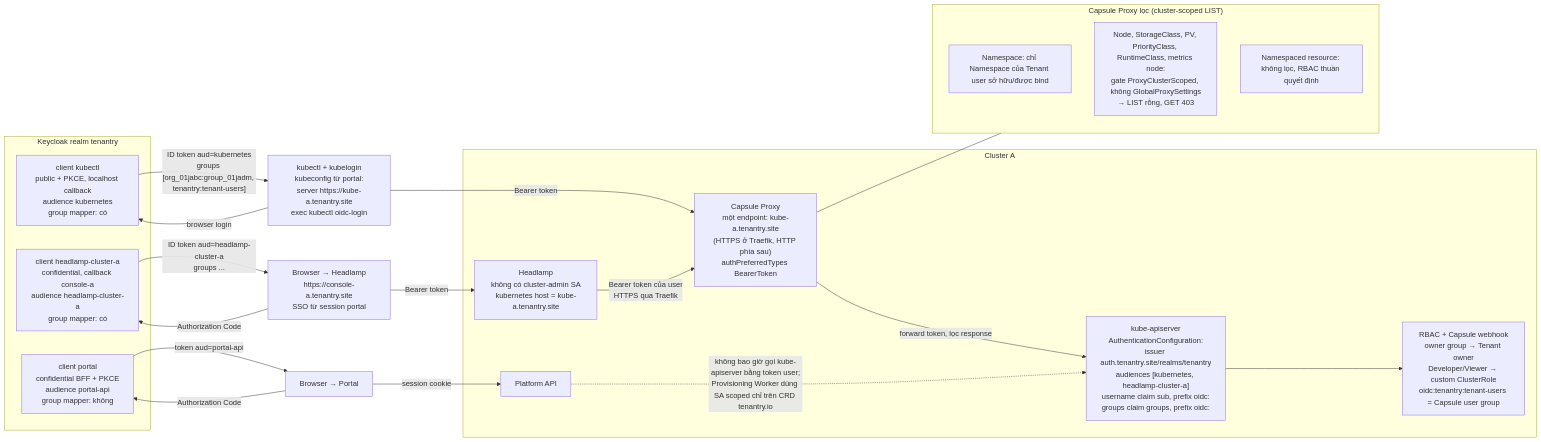
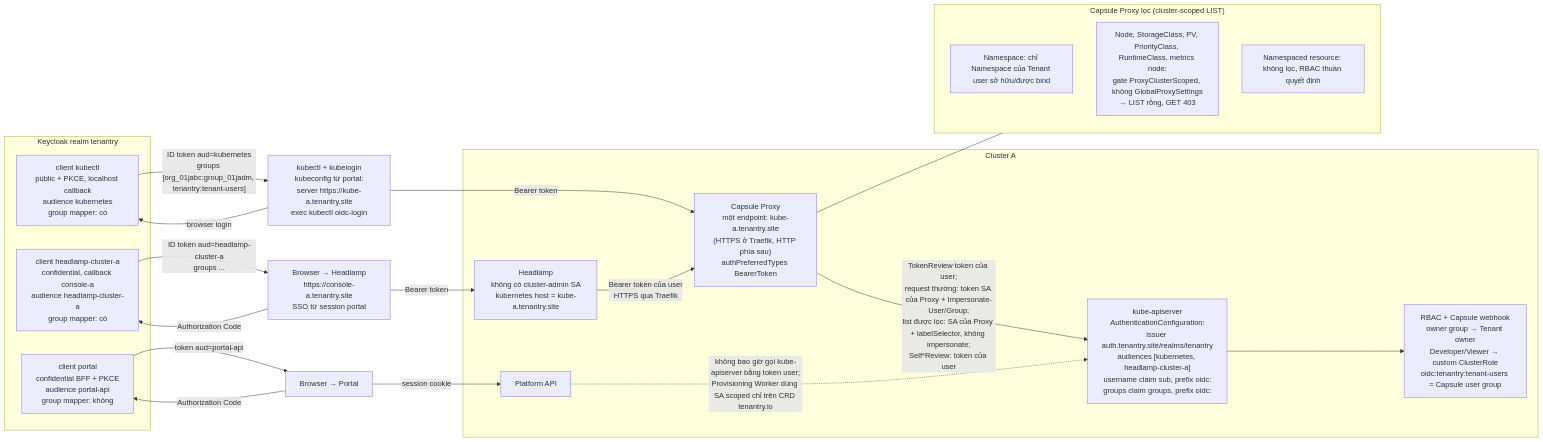
The eighth of 9 diagrams in docs/architecture/05-network-and-scheduling.md (thaihoc1310/tenantry), drawn with Mermaid before and after one commit. The commit also changed other lines of this file and 1 other file, not shown here.

Commit message:
docs: how Capsule Proxy reaches the API server, as read in its source, and its service account's cluster-admin reach

````diff
--- a/docs/architecture/05-network-and-scheduling.md
+++ b/docs/architecture/05-network-and-scheduling.md
@@ -493,43 +493,43 @@
 ```mermaid
 flowchart LR
   subgraph KC["Keycloak realm tenantry"]
     C1["client kubectl<br/>public + PKCE, localhost callback<br/>audience kubernetes<br/>group mapper: có"]
     C2["client headlamp-cluster-a<br/>confidential, callback console-a<br/>audience headlamp-cluster-a<br/>group mapper: có"]
     C3["client portal<br/>confidential BFF + PKCE<br/>audience portal-api<br/>group mapper: không"]
   end
 
   U1["kubectl + kubelogin<br/>kubeconfig từ portal:<br/>server https://kube-a.tenantry.site<br/>exec kubectl oidc-login"]
   U2["Browser → Headlamp<br/>https://console-a.tenantry.site<br/>SSO từ session portal"]
   U3["Browser → Portal"]
 
   U1 -->|"browser login"| C1
   U2 -->|"Authorization Code"| C2
   U3 -->|"Authorization Code"| C3
 
   C1 -->|"ID token aud=kubernetes<br/>groups [org_01jabc:group_01jadm, tenantry:tenant-users]"| U1
   C2 -->|"ID token aud=headlamp-cluster-a<br/>groups ..."| U2
   C3 -->|"token aud=portal-api"| U3
 
   subgraph CLUSTERA["Cluster A"]
     PX["Capsule Proxy<br/>một endpoint: kube-a.tenantry.site<br/>(HTTPS ở Traefik, HTTP phía sau)<br/>authPreferredTypes BearerToken"]
     API["kube-apiserver<br/>AuthenticationConfiguration:<br/>issuer auth.tenantry.site/realms/tenantry<br/>audiences [kubernetes, headlamp-cluster-a]<br/>username claim sub, prefix oidc:<br/>groups claim groups, prefix oidc:"]
     RBAC["RBAC + Capsule webhook<br/>owner group → Tenant owner<br/>Developer/Viewer → custom ClusterRole<br/>oidc:tenantry:tenant-users = Capsule user group"]
     PAPI["Platform API"]
     HL["Headlamp<br/>không có cluster-admin SA<br/>kubernetes host = kube-a.tenantry.site"]
   end
 
   U1 -->|"Bearer token"| PX
   U2 -->|"Bearer token"| HL
   HL -->|"Bearer token của user<br/>HTTPS qua Traefik"| PX
-  PX -->|"forward token, lọc response"| API
+  PX -->|"TokenReview token của user;<br/>request thường: token SA của Proxy + Impersonate-User/Group;<br/>list được lọc: SA của Proxy + labelSelector, không impersonate;<br/>Self*Review: token của user"| API
   API --> RBAC
   U3 -->|"session cookie"| PAPI
   PAPI -. "không bao giờ gọi kube-apiserver bằng token user;<br/>Provisioning Worker dùng SA scoped chỉ trên CRD tenantry.io" .-> API
 
   subgraph FILTER["Capsule Proxy lọc (cluster-scoped LIST)"]
     F1["Namespace: chỉ Namespace của Tenant user sở hữu/được bind"]
     F2["Node, StorageClass, PV, PriorityClass, RuntimeClass, metrics node:<br/>gate ProxyClusterScoped, không GlobalProxySettings<br/>→ LIST rỗng, GET 403"]
     F5["Namespaced resource: không lọc, RBAC thuần quyết định"]
   end
   PX --- FILTER
 ```
````
